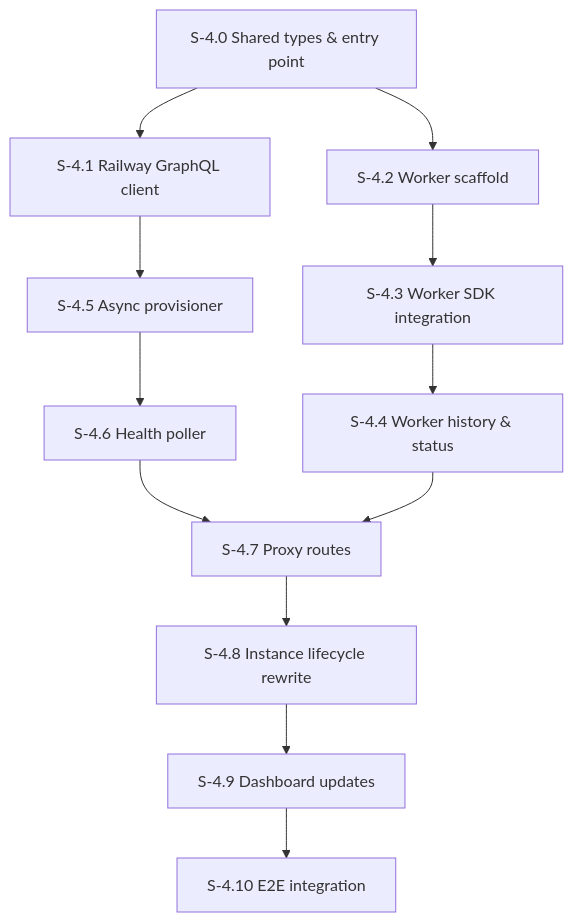
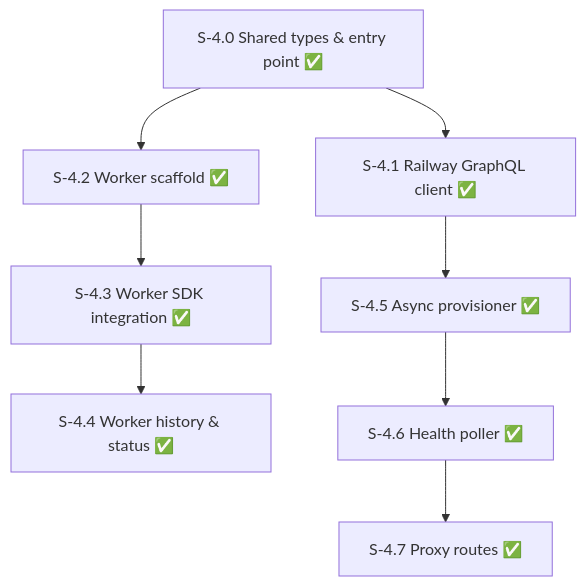
One commit to pedropaulovc/claude-agent-sdk-aas changed the diagram in spec/plan/milestone-4-containerization.md. Above: the diagram before and after it, drawn with Mermaid. The commit also changed other lines of this file and 10 other files, not shown here.

First line of the commit message:
Rewrite specs for M5 pool-based worker architecture

````diff
--- a/spec/plan/milestone-4-containerization.md
+++ b/spec/plan/milestone-4-containerization.md
@@ -7,14 +9,10 @@
 ```mermaid
 graph TD
-    S40[S-4.0 Shared types & entry point] --> S41[S-4.1 Railway GraphQL client]
-    S40 --> S42[S-4.2 Worker scaffold]
-    S41 --> S45[S-4.5 Async provisioner]
-    S42 --> S43[S-4.3 Worker SDK integration]
-    S43 --> S44[S-4.4 Worker history & status]
-    S45 --> S46[S-4.6 Health poller]
-    S46 --> S47[S-4.7 Proxy routes]
-    S44 --> S47
-    S47 --> S48[S-4.8 Instance lifecycle rewrite]
-    S48 --> S49[S-4.9 Dashboard updates]
-    S49 --> S410[S-4.10 E2E integration]
+    S40[S-4.0 Shared types & entry point ✅] --> S41[S-4.1 Railway GraphQL client ✅]
+    S40 --> S42[S-4.2 Worker scaffold ✅]
+    S41 --> S45[S-4.5 Async provisioner ✅]
+    S42 --> S43[S-4.3 Worker SDK integration ✅]
+    S43 --> S44[S-4.4 Worker history & status ✅]
+    S45 --> S46[S-4.6 Health poller ✅]
+    S46 --> S47[S-4.7 Proxy routes ✅]
 ```
````
